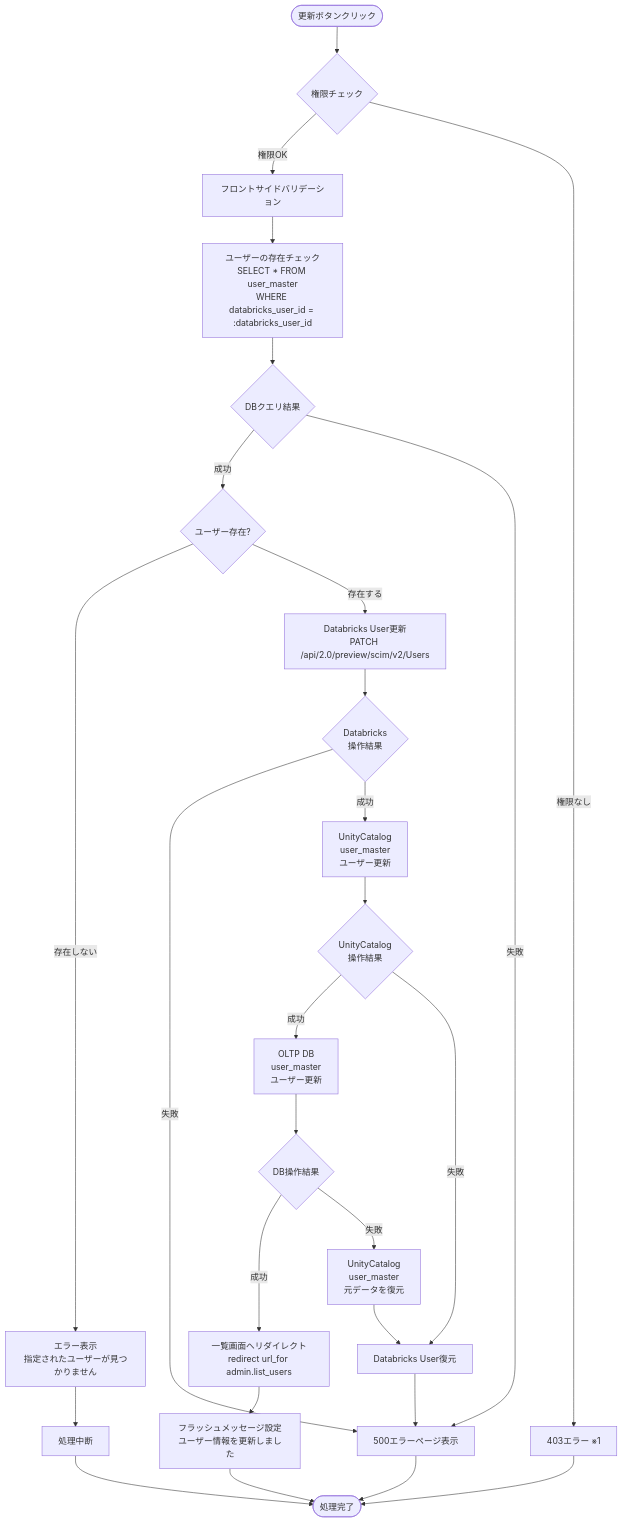
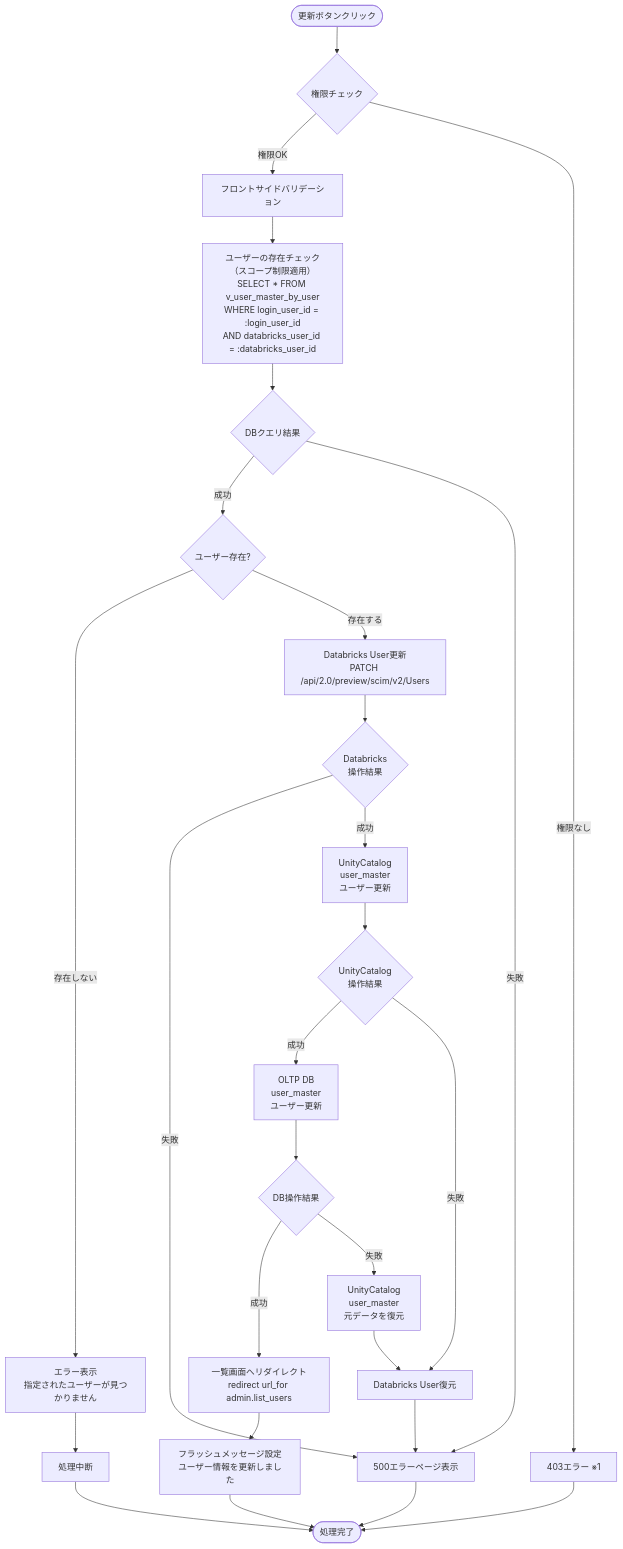
Before and after one commit to NSW-SVCP-AIWG002/Databricks-IoT: the sixth of 8 diagrams in docs/03-features/flask-app/users/workflow-specification.md, drawn with Mermaid. The commit also changed other lines of this file, not shown here.

````diff
--- a/docs/03-features/flask-app/users/workflow-specification.md
+++ b/docs/03-features/flask-app/users/workflow-specification.md
@@ -1332,42 +1286,42 @@
 ```mermaid
 flowchart TD
     Start([更新ボタンクリック]) --> CheckAuth{権限チェック}
 
     CheckAuth --> |権限OK| FrontValidate[フロントサイドバリデーション]
     CheckAuth --> |権限なし| Error403[403エラー ※1]
 
-    FrontValidate --> CheckExists[ユーザーの存在チェック<br>SELECT * FROM user_master<br>WHERE databricks_user_id = :databricks_user_id]
+    FrontValidate --> CheckExists[ユーザーの存在チェック（スコープ制限適用）<br>SELECT * FROM v_user_master_by_user<br>WHERE login_user_id = :login_user_id<br>AND databricks_user_id = :databricks_user_id]
     CheckExists --> CheckDB1{DBクエリ結果}
 
     CheckDB1 -->|成功| CheckExistsResult{ユーザー存在?}
     CheckDB1 -->|失敗| Error500[500エラーページ表示]
 
     CheckExistsResult -->|存在しない| NotFoundError[エラー表示<br>指定されたユーザーが見つかりません]
     NotFoundError --> ValidEnd[処理中断]
 
     CheckExistsResult -->|存在する| UpdateDatabricks[Databricks User更新<br>PATCH /api/2.0/preview/scim/v2/Users]
 
     UpdateDatabricks --> CheckDatabricks{Databricks<br>操作結果}
 
     CheckDatabricks -->|失敗| Error500
     CheckDatabricks -->|成功| UpdateUC[UnityCatalog<br>user_master<br>ユーザー更新]
 
     UpdateUC --> CheckUC{UnityCatalog<br>操作結果}
 
     CheckUC -->|成功| UpdateDB[OLTP DB<br>user_master<br>ユーザー更新]
     CheckUC -->|失敗| RollbackDatabricks[Databricks User復元]
     RollbackDatabricks --> Error500
 
     UpdateDB --> CheckDBMstr{DB操作結果}
 
     CheckDBMstr -->|成功| Redirect[一覧画面へリダイレクト<br>redirect url_for admin.list_users]
     CheckDBMstr -->|失敗| RollbackUC[UnityCatalog<br>user_master<br>元データを復元]
     RollbackUC --> RollbackDatabricks
 
     Redirect --> Success[フラッシュメッセージ設定<br>ユーザー情報を更新しました]
 
     ValidEnd --> End([処理完了])
     Success --> End
     Error500 --> End
     Error403 --> End
 ```
````
